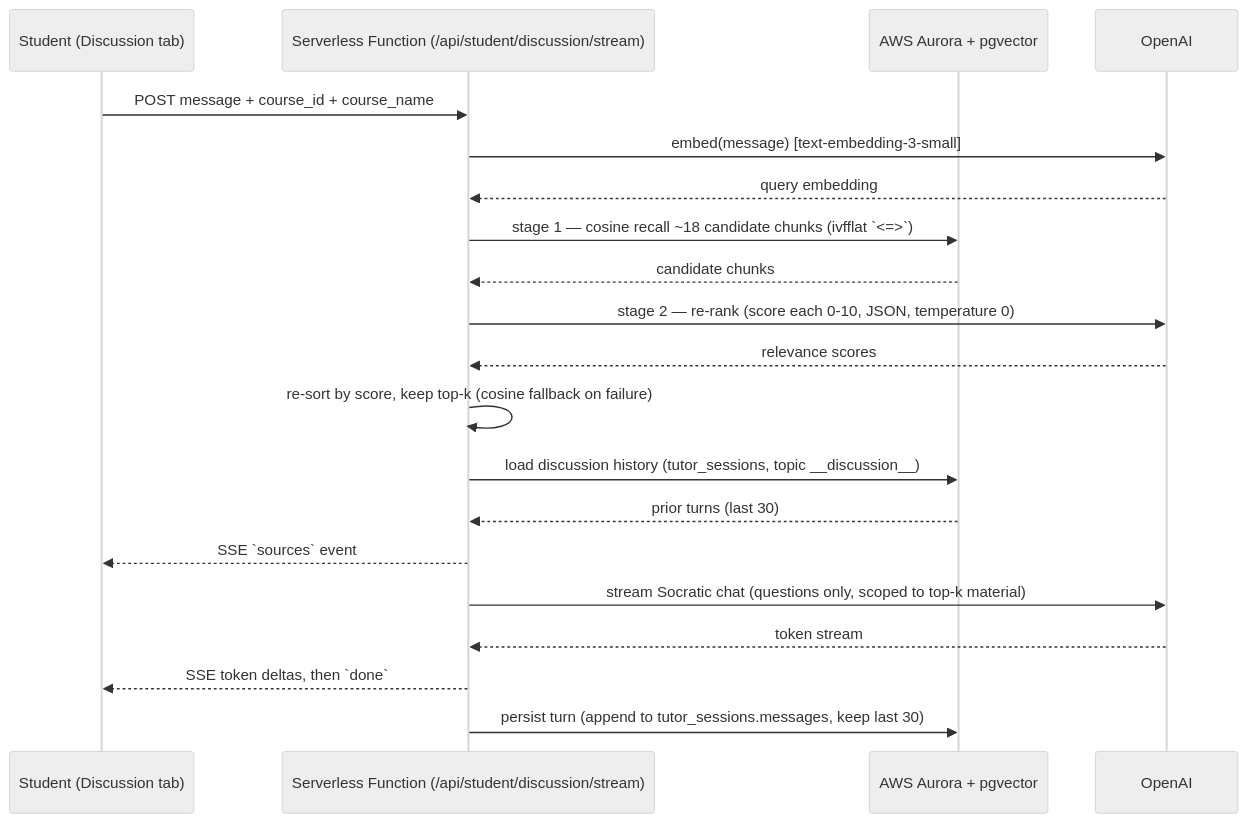
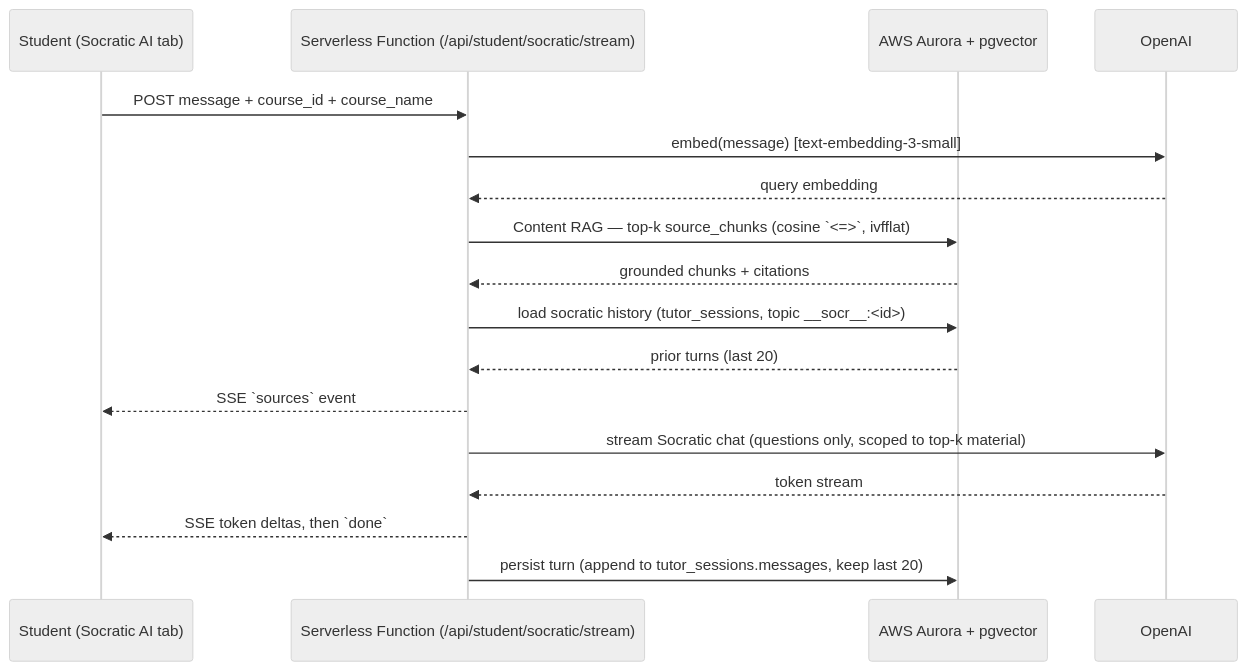
Before and after one commit to awaisaziz/edsynapse-beta: the fourth of 4 diagrams in docs/architecture.md, drawn with Mermaid (neutral theme). The commit also changed other lines of this file and 10 other files, not shown here.

````diff
--- a/docs/architecture.md
+++ b/docs/architecture.md
@@ -266,23 +222,20 @@
 ```mermaid
 sequenceDiagram
-    participant S as Student (Discussion tab)
-    participant F as Serverless Function (/api/student/discussion/stream)
+    participant S as Student (Socratic AI tab)
+    participant F as Serverless Function (/api/student/socratic/stream)
     participant DB as AWS Aurora + pgvector
     participant AI as OpenAI
 
     S->>F: POST message + course_id + course_name
     F->>AI: embed(message)  [text-embedding-3-small]
     AI-->>F: query embedding
-    F->>DB: stage 1 — cosine recall ~18 candidate chunks (ivfflat `<=>`)
-    DB-->>F: candidate chunks
-    F->>AI: stage 2 — re-rank (score each 0-10, JSON, temperature 0)
-    AI-->>F: relevance scores
-    F->>F: re-sort by score, keep top-k (cosine fallback on failure)
-    F->>DB: load discussion history (tutor_sessions, topic __discussion__)
-    DB-->>F: prior turns (last 30)
+    F->>DB: Content RAG — top-k source_chunks (cosine `<=>`, ivfflat)
+    DB-->>F: grounded chunks + citations
+    F->>DB: load socratic history (tutor_sessions, topic __socr__:<id>)
+    DB-->>F: prior turns (last 20)
     F-->>S: SSE `sources` event
     F->>AI: stream Socratic chat (questions only, scoped to top-k material)
     AI-->>F: token stream
     F-->>S: SSE token deltas, then `done`
-    F->>DB: persist turn (append to tutor_sessions.messages, keep last 30)
+    F->>DB: persist turn (append to tutor_sessions.messages, keep last 20)
 ```
````
